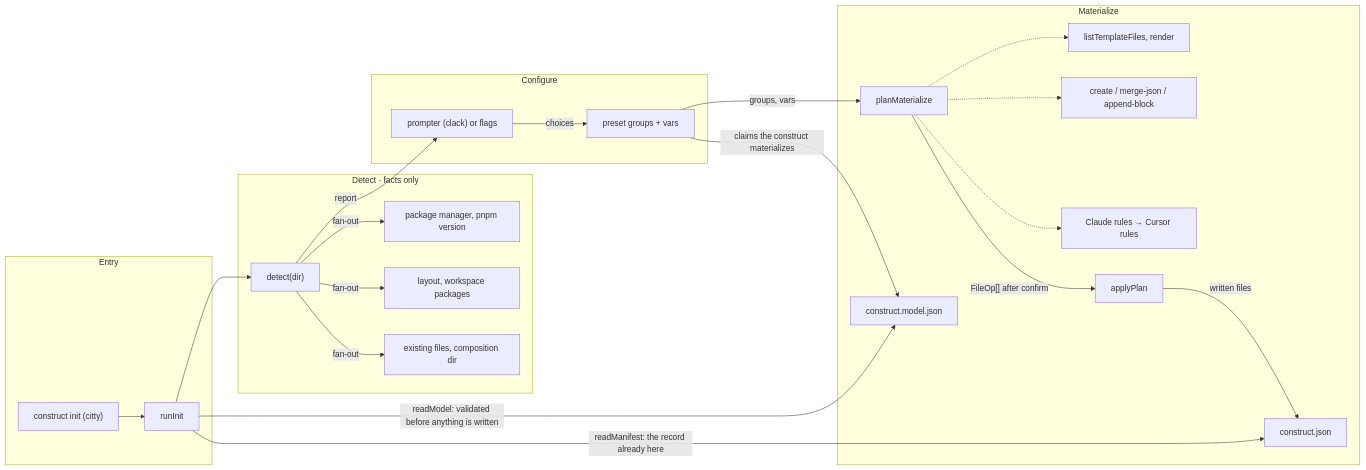
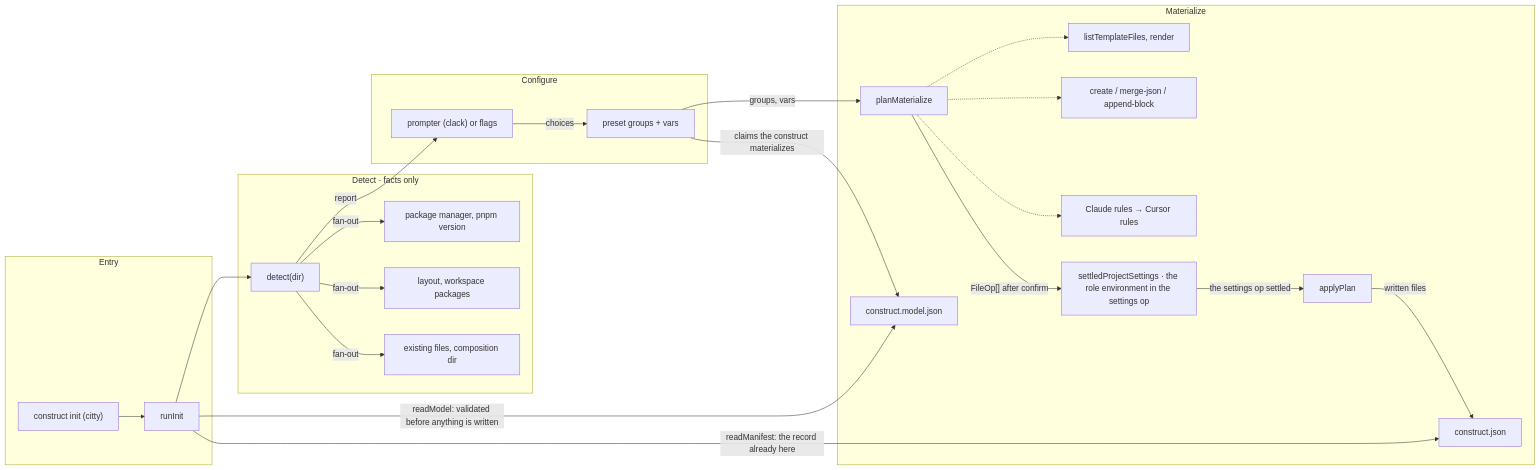
One commit to E1i/mikoshi-construct changed the diagram in architecture/init.md. Above: the diagram before and after it, drawn with Mermaid. The commit also changed other lines of this file and 11 other files, not shown here.

````diff
--- a/architecture/init.md
+++ b/architecture/init.md
@@ -10,42 +10,44 @@
 ```mermaid
 flowchart LR
   subgraph b_entry["Entry"]
     cli["construct init (citty)"]
     run["runInit"]
   end
   subgraph b_detect["Detect · facts only"]
     detect["detect(dir)"]
     pm["package manager, pnpm version"]
     layout["layout, workspace packages"]
     existing["existing files, composition dir"]
   end
   subgraph b_configure["Configure"]
     prompts["prompter (clack) or flags"]
     preset["preset groups + vars"]
   end
   subgraph b_materialize["Materialize"]
     plan["planMaterialize"]
     templates["listTemplateFiles, render"]
     strategies["create / merge-json / append-block"]
     rules["Claude rules → Cursor rules"]
+    environment["settledProjectSettings · the role environment in the settings op"]
     apply["applyPlan"]
     manifest["construct.json"]
     model["construct.model.json"]
   end
   cli --> run
   run --> detect
   detect -->|"fan-out"| pm
   detect -->|"fan-out"| layout
   detect -->|"fan-out"| existing
   detect -->|"report"| prompts
   prompts -->|"choices"| preset
   preset -->|"groups, vars"| plan
   plan -.-> templates
   plan -.-> strategies
   plan -.-> rules
-  plan -->|"FileOp[] after confirm"| apply
+  plan -->|"FileOp[] after confirm"| environment
+  environment -->|"the settings op settled"| apply
   run -->|"readModel: validated before anything is written"| model
   run -->|"readManifest: the record already here"| manifest
   apply -->|"written files"| manifest
   preset -->|"claims the construct materializes"| model
 ```
````
